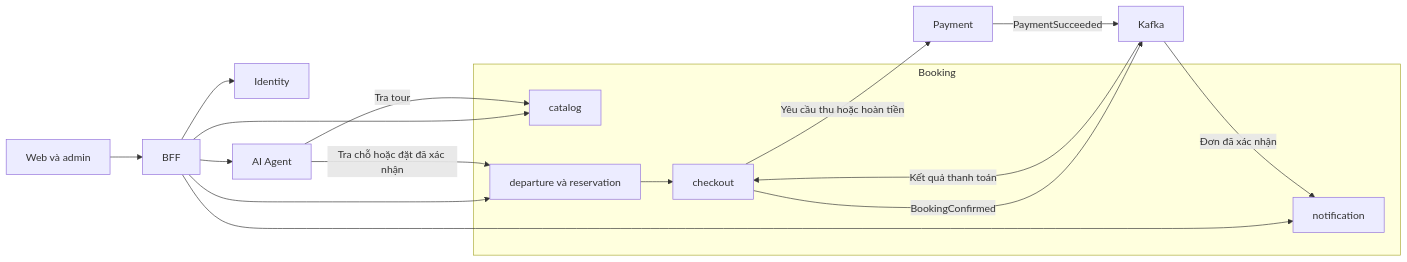
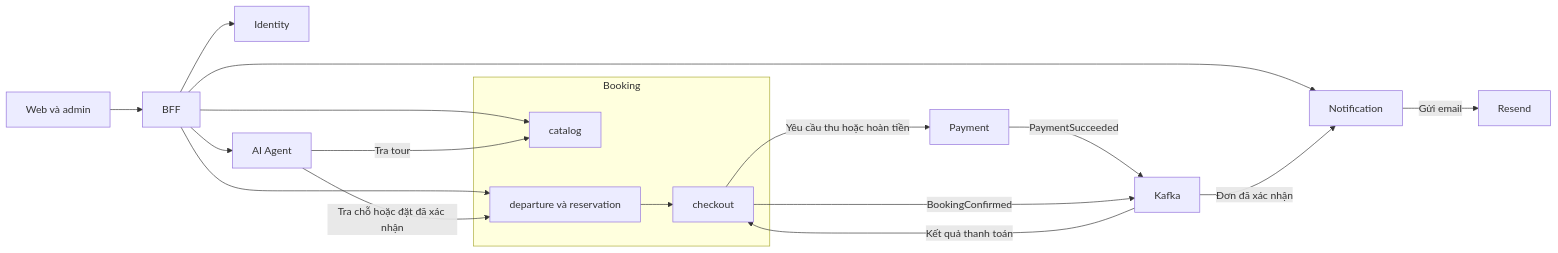
The diagram in server/instructions/services.md (haota1307/hafo-travel), drawn with Mermaid before and after one commit. The commit also changed other lines of this file and 27 other files, not shown here.

Commit message:
feat(notification): tách notification app và tích hợp resend cho việc gửi mail

````diff
--- a/server/instructions/services.md
+++ b/server/instructions/services.md
@@ -7,23 +7,23 @@
 ```mermaid
 flowchart LR
     Web[Web và admin] --> BFF
     BFF --> Identity
     subgraph Booking
         Catalog[catalog]
         Reservation[departure và reservation]
         Checkout[checkout]
-        Notification[notification]
     end
+    Notification[Notification] -->|Gửi email| Resend
     BFF --> Catalog
     BFF --> Reservation
     BFF --> Notification
     BFF --> Agent[AI Agent]
     Agent -->|Tra tour| Catalog
     Agent -->|Tra chỗ hoặc đặt đã xác nhận| Reservation
     Reservation --> Checkout
     Checkout -->|Yêu cầu thu hoặc hoàn tiền| Payment
     Payment -->|PaymentSucceeded| Kafka
     Kafka -->|Kết quả thanh toán| Checkout
     Checkout -->|BookingConfirmed| Kafka
     Kafka -->|Đơn đã xác nhận| Notification
 ```
````
